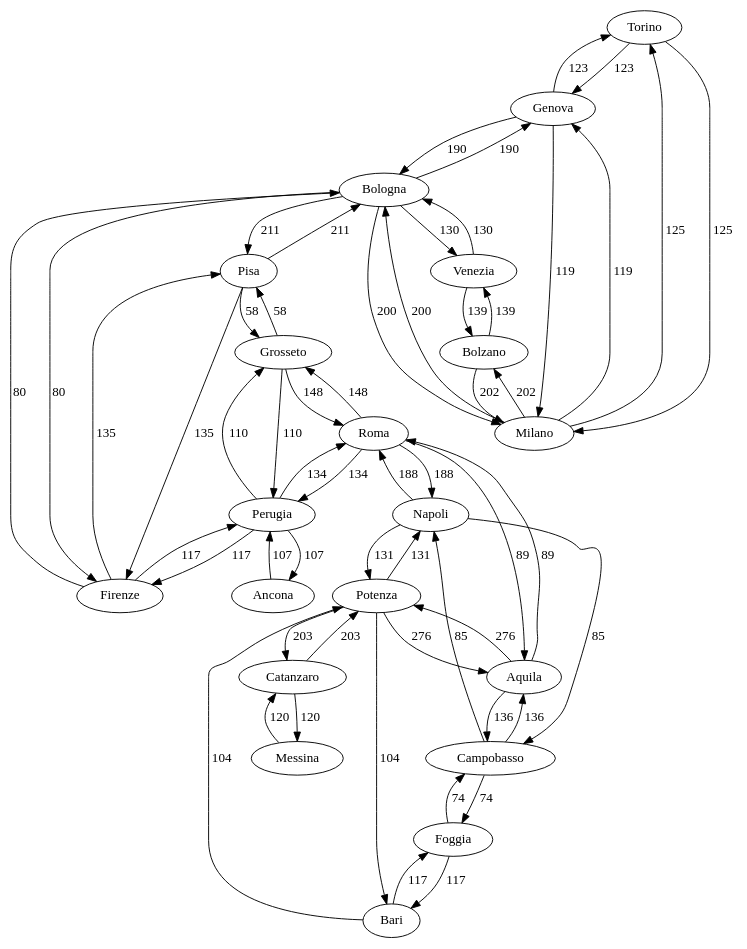
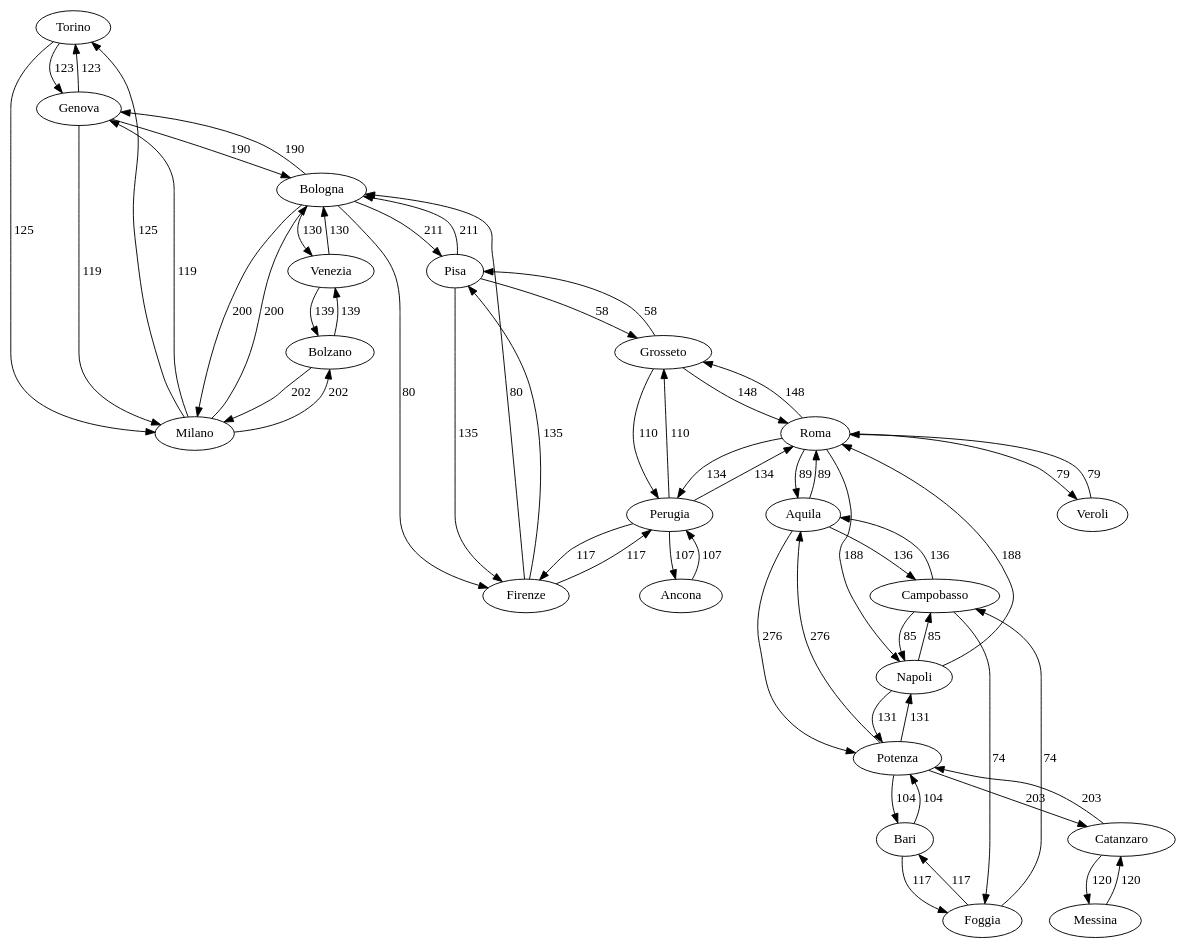
One commit to nicofiorini98/data_structure changed the diagram in output_test/cityGraph.dot. Above: the diagram before and after it, drawn with Graphviz. The commit also changed 19 other files, not shown here.

```diff
--- a/output_test/cityGraph.dot
+++ b/output_test/cityGraph.dot
@@ -1,58 +1,60 @@
 digraph G {
 Torino -> Genova [label="123"]
 Genova -> Torino [label="123"]
 Torino -> Milano [label="125"]
 Milano -> Torino [label="125"]
 Milano -> Genova [label="119"]
 Genova -> Milano [label="119"]
 Genova -> Bologna [label="190"]
 Bologna -> Genova [label="190"]
 Bologna -> Pisa [label="211"]
 Pisa -> Bologna [label="211"]
 Pisa -> Firenze [label="135"]
 Firenze -> Pisa [label="135"]
 Firenze -> Bologna [label="80"]
 Bologna -> Firenze [label="80"]
 Milano -> Bolzano [label="202"]
 Bolzano -> Milano [label="202"]
 Milano -> Bologna [label="200"]
 Bologna -> Milano [label="200"]
 Bologna -> Venezia [label="130"]
 Venezia -> Bologna [label="130"]
 Venezia -> Bolzano [label="139"]
 Bolzano -> Venezia [label="139"]
 Firenze -> Perugia [label="117"]
 Perugia -> Firenze [label="117"]
 Perugia -> Ancona [label="107"]
 Ancona -> Perugia [label="107"]
 Perugia -> Roma [label="134"]
 Roma -> Perugia [label="134"]
 Perugia -> Grosseto [label="110"]
 Grosseto -> Perugia [label="110"]
 Roma -> Grosseto [label="148"]
 Grosseto -> Roma [label="148"]
 Grosseto -> Pisa [label="58"]
 Pisa -> Grosseto [label="58"]
 Roma -> Aquila [label="89"]
 Aquila -> Roma [label="89"]
+Potenza -> Bari [label="104"]
 Aquila -> Campobasso [label="136"]
 Campobasso -> Aquila [label="136"]
 Aquila -> Potenza [label="276"]
 Potenza -> Aquila [label="276"]
 Campobasso -> Foggia [label="74"]
 Foggia -> Campobasso [label="74"]
 Foggia -> Bari [label="117"]
 Bari -> Foggia [label="117"]
 Bari -> Potenza [label="104"]
-Potenza -> Bari [label="104"]
+Napoli -> Roma [label="188"]
 Potenza -> Catanzaro [label="203"]
 Catanzaro -> Potenza [label="203"]
 Catanzaro -> Messina [label="120"]
 Messina -> Catanzaro [label="120"]
 Napoli -> Campobasso [label="85"]
 Campobasso -> Napoli [label="85"]
 Potenza -> Napoli [label="131"]
 Napoli -> Potenza [label="131"]
 Roma -> Napoli [label="188"]
-Napoli -> Roma [label="188"]
+Roma -> Veroli [label="79"]
+Veroli -> Roma [label="79"]
 }
```
